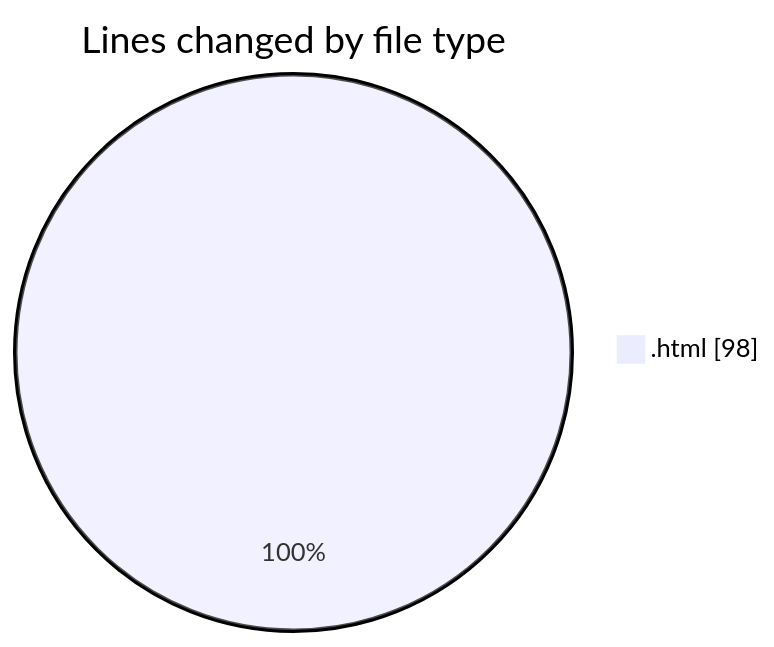
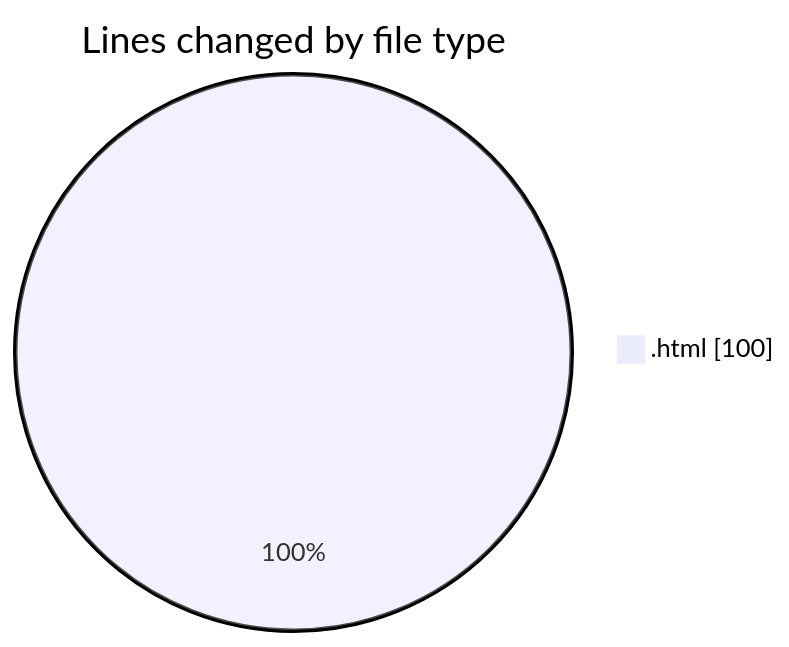
The first of 2 diagrams in 2025-10-24/javacript/README.md (nxtqubesakshisongat/code-tracking), drawn with Mermaid before and after one commit. The commit also changed other lines of this file and 1 other file, not shown here.

````diff
--- a/2025-10-24/javacript/README.md
+++ b/2025-10-24/javacript/README.md
@@ -20,5 +20,5 @@
 ```mermaid
 pie showData
 title Lines changed by file type
-".html" : 98
+".html" : 100
 ```
````
